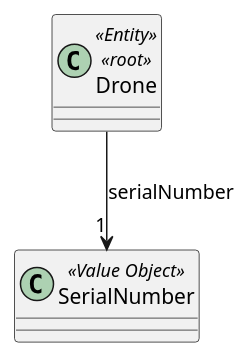
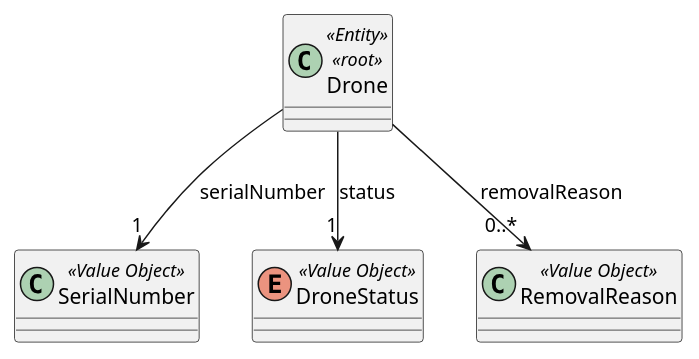
The diagram in docs/SPRINT_2/US242/puml/domain_model_us242.puml (diogoveirospro/sem4pi-2024-2025-sem4pi_2024_2025_g44), drawn with PlantUML before and after one commit. The commit also changed 20 other files, not shown here.

```diff
--- a/docs/SPRINT_2/US242/puml/domain_model_us242.puml
+++ b/docs/SPRINT_2/US242/puml/domain_model_us242.puml
@@ -1,13 +1,22 @@
 @startuml
 'https://plantuml.com/sequence-diagram
 
 
-   class Drone <<Entity>> <<root>>{
-     }
+  class Drone <<Entity>> <<root>>{
+      }
 
-     class SerialNumber <<Value Object>>{
-     }
+      class SerialNumber <<Value Object>>{
+      }
 
-    Drone --> "1" SerialNumber: serialNumber
+      enum DroneStatus <<Value Object>>{
+      }
+
+       class RemovalReason <<Value Object>>{
+          }
+
+      'Drone -> x
+      Drone --> "1" DroneStatus: status
+      Drone --> "1" SerialNumber: serialNumber
+      Drone --> "0..*" RemovalReason: removalReason
 
 @enduml
```
